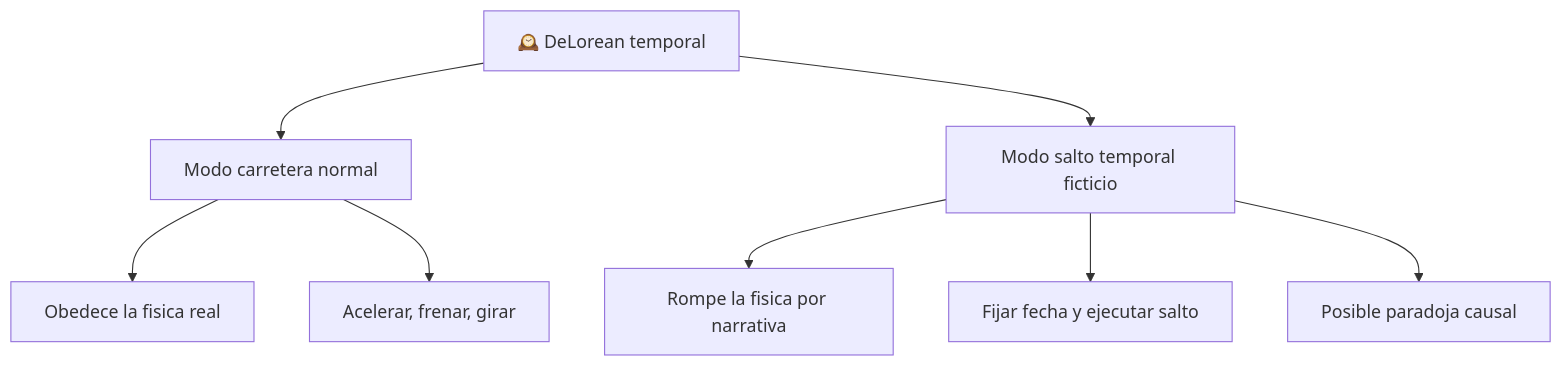
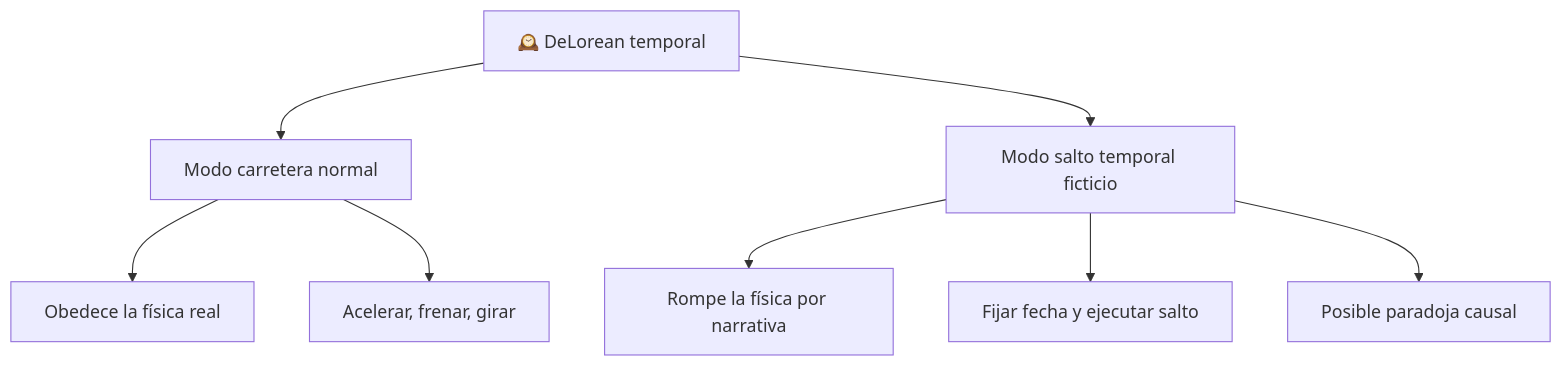
One commit to vladimiracunadev-create/machine-operator-program changed the diagram in vehiculos-fantasticos/delorean/operacion/caracteristicas-delorean.md. Above: the diagram before and after it, drawn with Mermaid. The commit also changed other lines of this file and 442 other files, not shown here.

````diff
--- a/vehiculos-fantasticos/delorean/operacion/caracteristicas-delorean.md
+++ b/vehiculos-fantasticos/delorean/operacion/caracteristicas-delorean.md
@@ -38,10 +38,10 @@
 ```mermaid
 flowchart TD
     Nave[🕰️ DeLorean temporal] --> Carretera[Modo carretera normal]
     Nave --> Salto[Modo salto temporal ficticio]
-    Carretera --> Reglas1[Obedece la fisica real]
+    Carretera --> Reglas1[Obedece la física real]
     Carretera --> Uso1[Acelerar, frenar, girar]
-    Salto --> Reglas2[Rompe la fisica por narrativa]
+    Salto --> Reglas2[Rompe la física por narrativa]
     Salto --> Uso2[Fijar fecha y ejecutar salto]
     Salto --> Riesgo[Posible paradoja causal]
 ```
````
